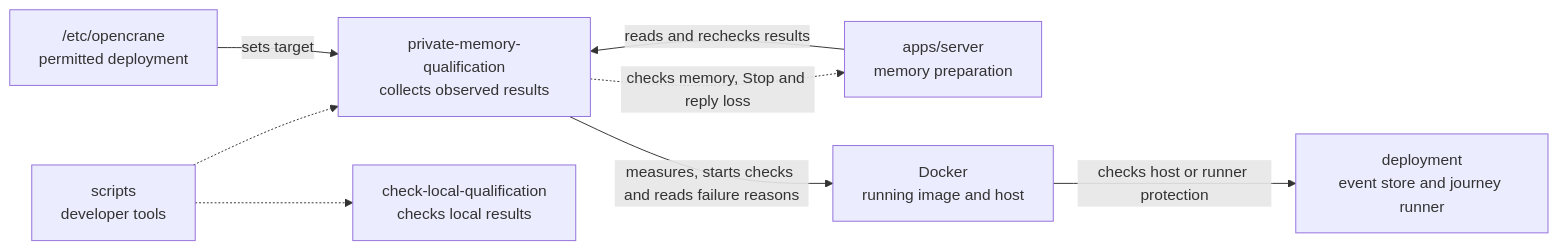
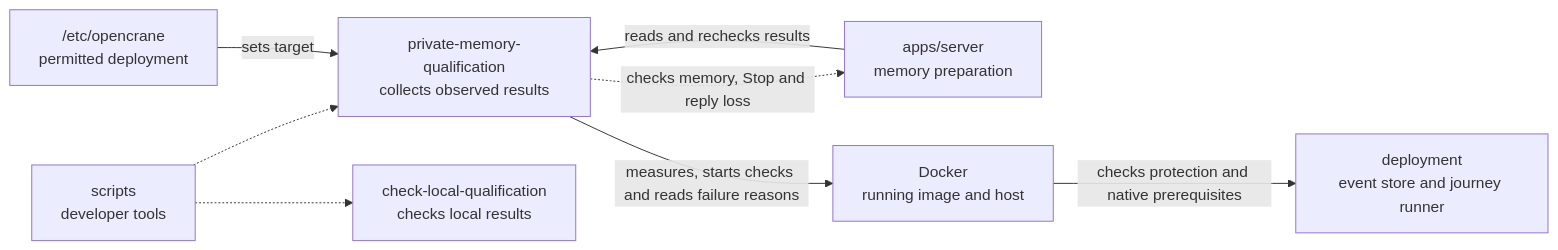
Before and after one commit to elewa-git/opencrane-new: the diagram in scripts/private-memory-qualification/README.md, drawn with Mermaid. The commit also changed other lines of this file and 9 other files, not shown here.

Commit message:
🛡️ Check native prerequisites before unfinished recall receipts

````diff
--- a/scripts/private-memory-qualification/README.md
+++ b/scripts/private-memory-qualification/README.md
@@ -18,10 +18,10 @@
 ```mermaid
 flowchart LR
   scripts["scripts<br/>developer tools"] -.-> collector["private-memory-qualification<br/>collects observed results"]
   scripts -.-> sibling["check-local-qualification<br/>checks local results"]
   server["apps/server<br/>memory preparation"] -->|reads and rechecks results| collector
   collector -.->|checks memory, Stop and reply loss| server
   config["/etc/opencrane<br/>permitted deployment"] -->|sets target| collector
   collector -->|measures, starts checks and reads failure reasons| docker["Docker<br/>running image and host"]
-  docker -->|checks host or runner protection| deployment["deployment<br/>event store and journey runner"]
+  docker -->|checks protection and native prerequisites| deployment["deployment<br/>event store and journey runner"]
 ```
````
